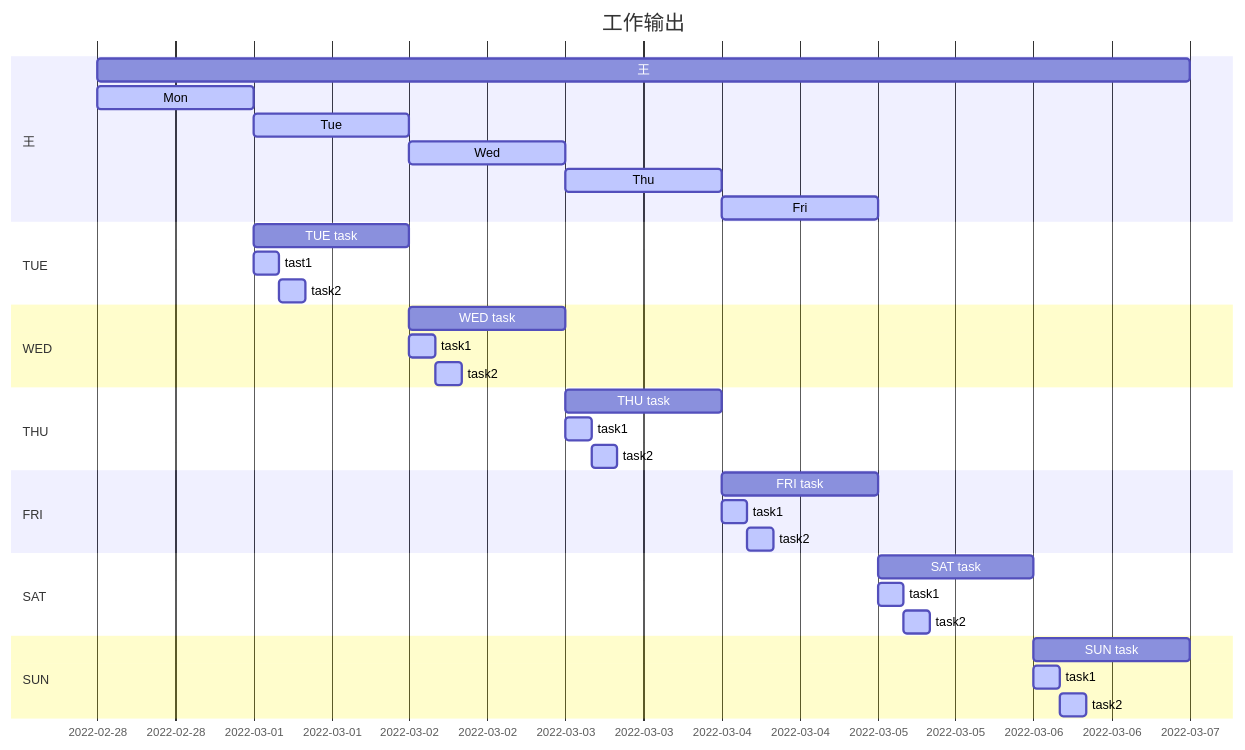
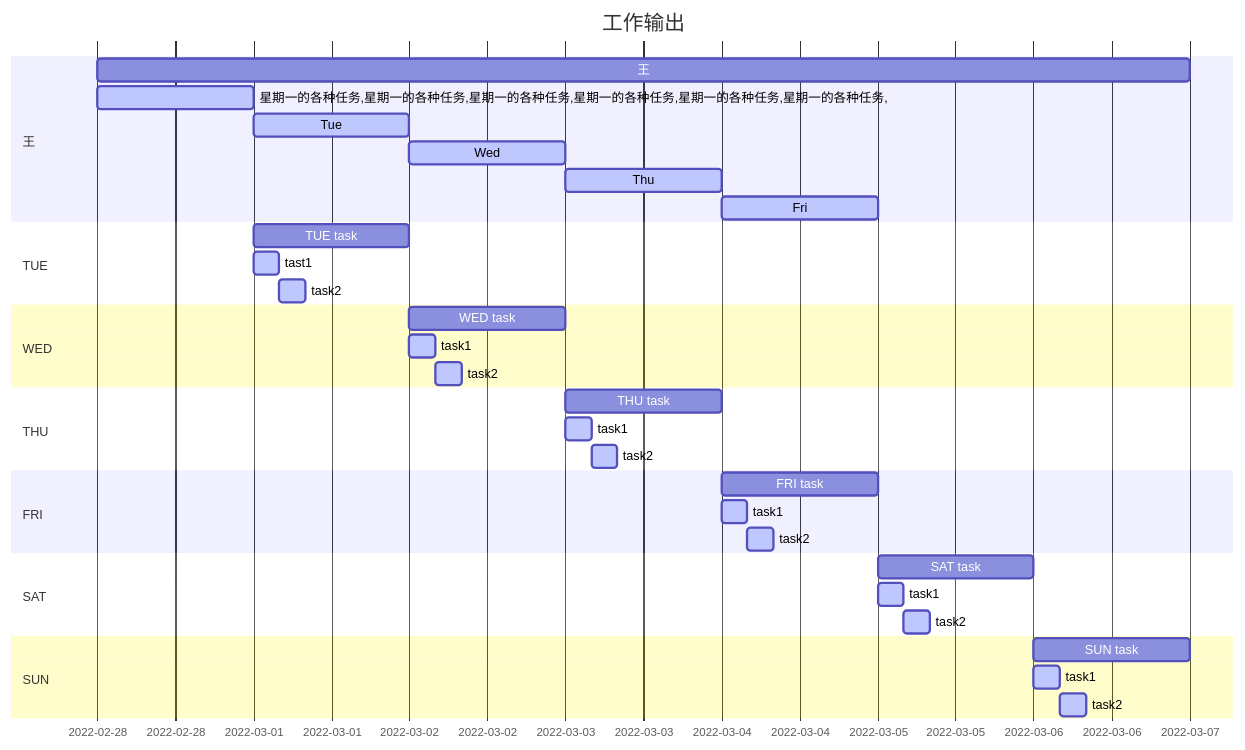
One commit to DC-Melo/README changed the diagram in README.md. Above: the diagram before and after it, drawn with Mermaid.

````diff
--- a/README.md
+++ b/README.md
@@ -73,43 +73,43 @@
 ```mermaid
 gantt
     dateFormat  YYYY-MM-DD
     title 工作输出
 
     section 王
     王    : mon0p  , 2022-02-28 , 1w
-    Mon        : active , mon1f    , 2022-02-28    , 1d
+    星期一的各种任务,星期一的各种任务,星期一的各种任务,星期一的各种任务,星期一的各种任务,星期一的各种任务,        : active , mon1f    , 2022-02-28    , 1d
     Tue        : active , mon2f    , after mon1f , 1d
     Wed        : active , mon3f    , after mon2f , 1d
     Thu        : active , mon4f    , after mon3f , 1d
     Fri        : active , mon5f    , after mon4f , 1d
 
     section TUE
     TUE task    : tue0p  , 2022-03-01 , 1d
     tast1       : active , tue1f    , 2022-03-01    , 4h
     task2       : active , tue2f    , after tue1f , 4h
 
     section WED
     WED task    : wed0p  , 2022-03-02 , 1d
     task1       : active , wed1f    , 2022-03-02    , 4h
     task2       : active , wed2f    , after wed1f , 4h
 
     section THU
     THU task    : thu0p  , 2022-03-03 , 1d
     task1       : active , thu1f    , 2022-03-03    , 4h
     task2       : active , thu2f    , after thu1f , 4h
 
     section FRI
     FRI task    : fri0p  , 2022-03-04 , 1d
     task1       : active , fri1f    , 2022-03-04    , 4h
     task2       : active , fri2f    , after fri1f , 4h
 
     section SAT
     SAT task    : sat0p  , 2022-03-05 , 1d
     task1       : active , sat1f    , 2022-03-05    , 4h
     task2       : active , sat2f    , after sat1f , 4h
 
     section SUN
     SUN task    : sun0p  , 2022-03-06 , 1d
     task1       : active , sun1f    , 2022-03-06    , 4h
     task2       : active , sun2f    , after sun1f , 4h
 ```
````
